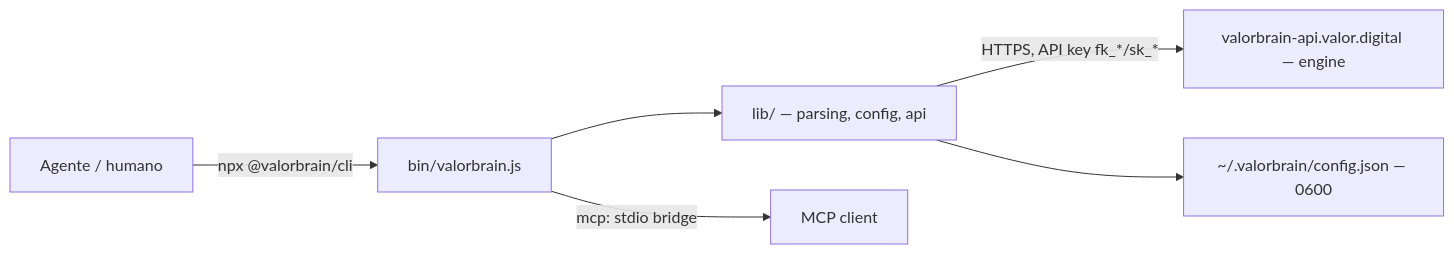
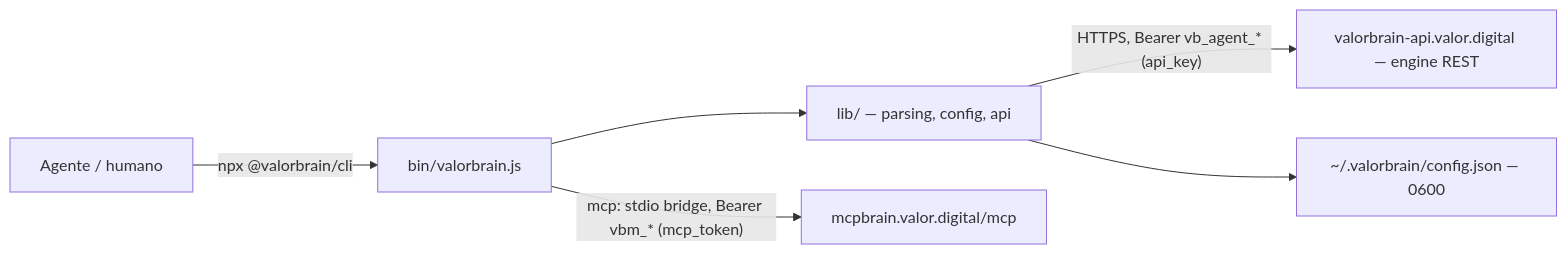
Before and after one commit to ValorBrain/valorbrain-cli: the diagram in ARCHITECTURE.md, drawn with Mermaid. The commit also changed other lines of this file and 4 other files, not shown here.

````diff
--- a/ARCHITECTURE.md
+++ b/ARCHITECTURE.md
@@ -8,8 +8,8 @@
 ```mermaid
 graph LR
   A[Agente / humano] -->|"npx @valorbrain/cli"| B[bin/valorbrain.js]
   B --> C[lib/ — parsing, config, api]
-  C -->|"HTTPS, API key fk_*/sk_*"| D[valorbrain-api.valor.digital — engine]
-  B -->|"mcp: stdio bridge"| E[MCP client]
+  C -->|"HTTPS, Bearer vb_agent_* (api_key)"| D[valorbrain-api.valor.digital — engine REST]
+  B -->|"mcp: stdio bridge, Bearer vbm_* (mcp_token)"| E[mcpbrain.valor.digital/mcp]
   C --> F[~/.valorbrain/config.json — 0600]
 ```
````
